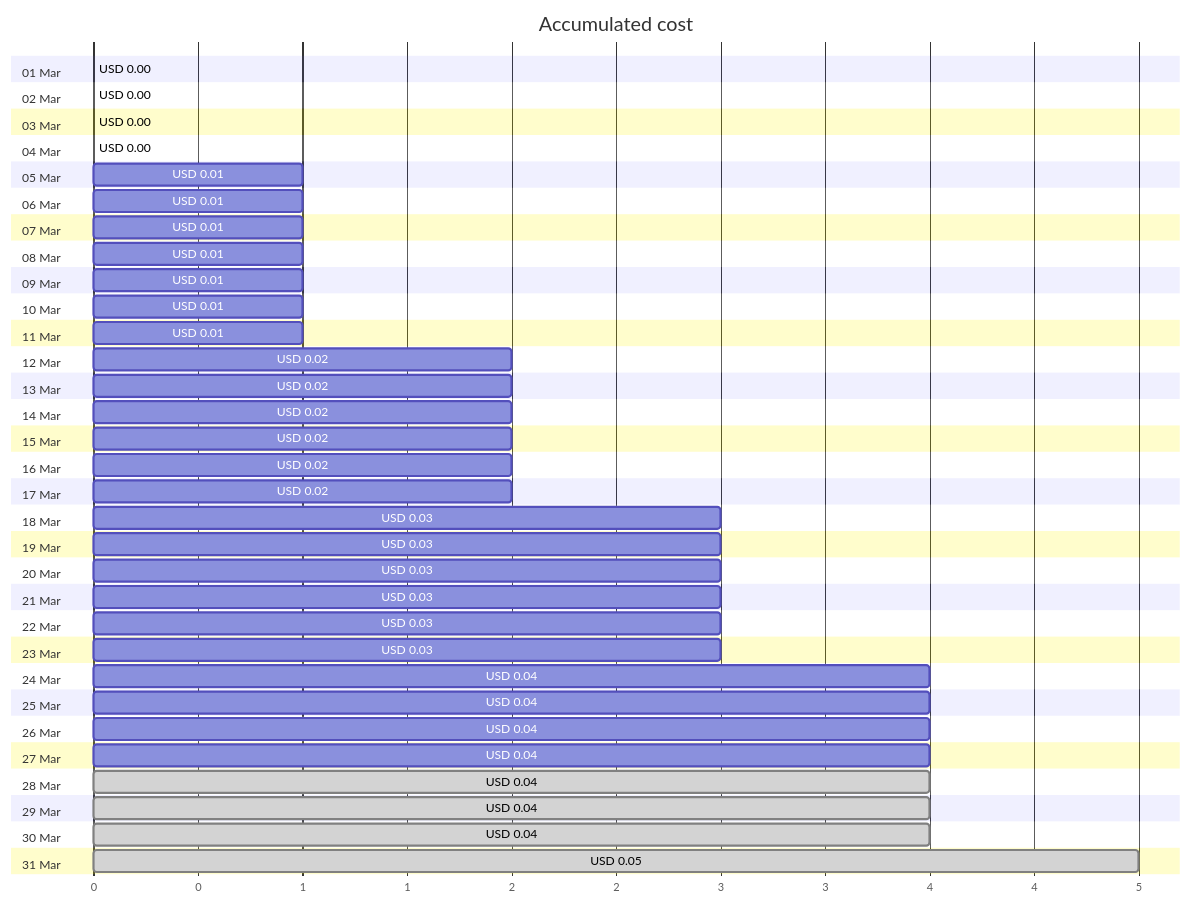
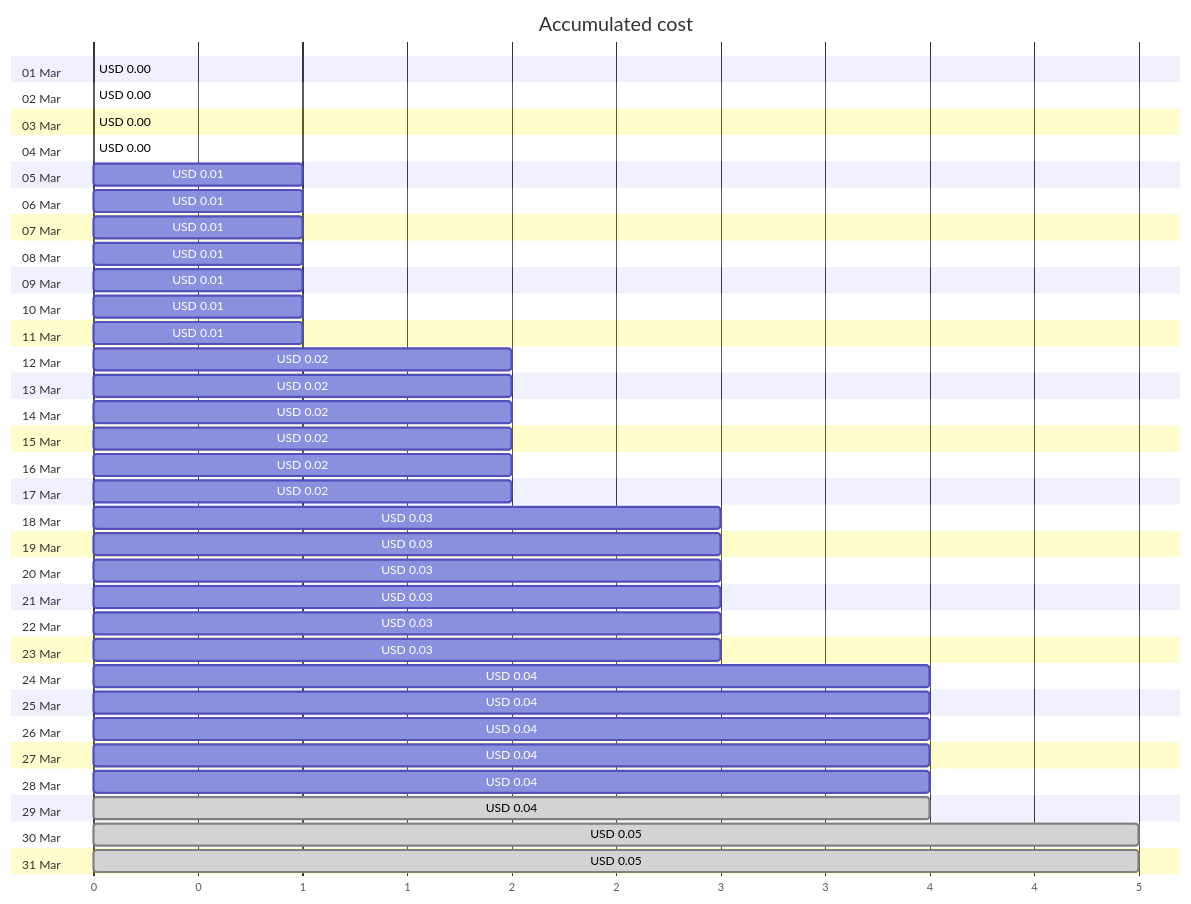
One commit to jpfulton/azure-personal-reports changed the first of 4 diagrams in cost-reports/personal-site/personalsiteapistorage.md. Above: the diagram before and after it, drawn with Mermaid. The commit also changed other lines of this file and 7 other files, not shown here.

````diff
--- a/cost-reports/personal-site/personalsiteapistorage.md
+++ b/cost-reports/personal-site/personalsiteapistorage.md
@@ -20,68 +20,68 @@
 ```mermaid
 gantt
    title Accumulated cost
    dateFormat  X
    axisFormat %s
    section 01 Mar
    USD 0.00 :0, 0
    section 02 Mar
    USD 0.00 :0, 0
    section 03 Mar
    USD 0.00 :0, 0
    section 04 Mar
    USD 0.00 :0, 0
    section 05 Mar
    USD 0.01 :0, 1
    section 06 Mar
    USD 0.01 :0, 1
    section 07 Mar
    USD 0.01 :0, 1
    section 08 Mar
    USD 0.01 :0, 1
    section 09 Mar
    USD 0.01 :0, 1
    section 10 Mar
    USD 0.01 :0, 1
    section 11 Mar
    USD 0.01 :0, 1
    section 12 Mar
    USD 0.02 :0, 2
    section 13 Mar
    USD 0.02 :0, 2
    section 14 Mar
    USD 0.02 :0, 2
    section 15 Mar
    USD 0.02 :0, 2
    section 16 Mar
    USD 0.02 :0, 2
    section 17 Mar
    USD 0.02 :0, 2
    section 18 Mar
    USD 0.03 :0, 3
    section 19 Mar
    USD 0.03 :0, 3
    section 20 Mar
    USD 0.03 :0, 3
    section 21 Mar
    USD 0.03 :0, 3
    section 22 Mar
    USD 0.03 :0, 3
    section 23 Mar
    USD 0.03 :0, 3
    section 24 Mar
    USD 0.04 :0, 4
    section 25 Mar
    USD 0.04 :0, 4
    section 26 Mar
    USD 0.04 :0, 4
    section 27 Mar
    USD 0.04 :0, 4
    section 28 Mar
-   USD 0.04 : done, 0, 4
+   USD 0.04 :0, 4
    section 29 Mar
    USD 0.04 : done, 0, 4
    section 30 Mar
-   USD 0.04 : done, 0, 4
+   USD 0.05 : done, 0, 5
    section 31 Mar
    USD 0.05 : done, 0, 5
 ```
````
